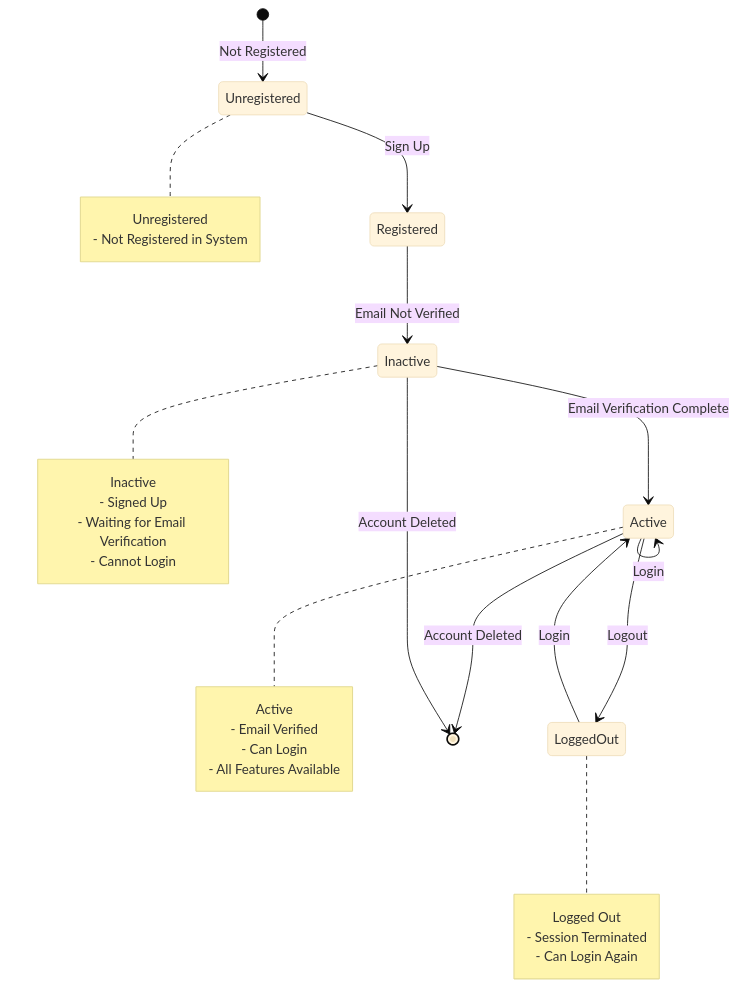
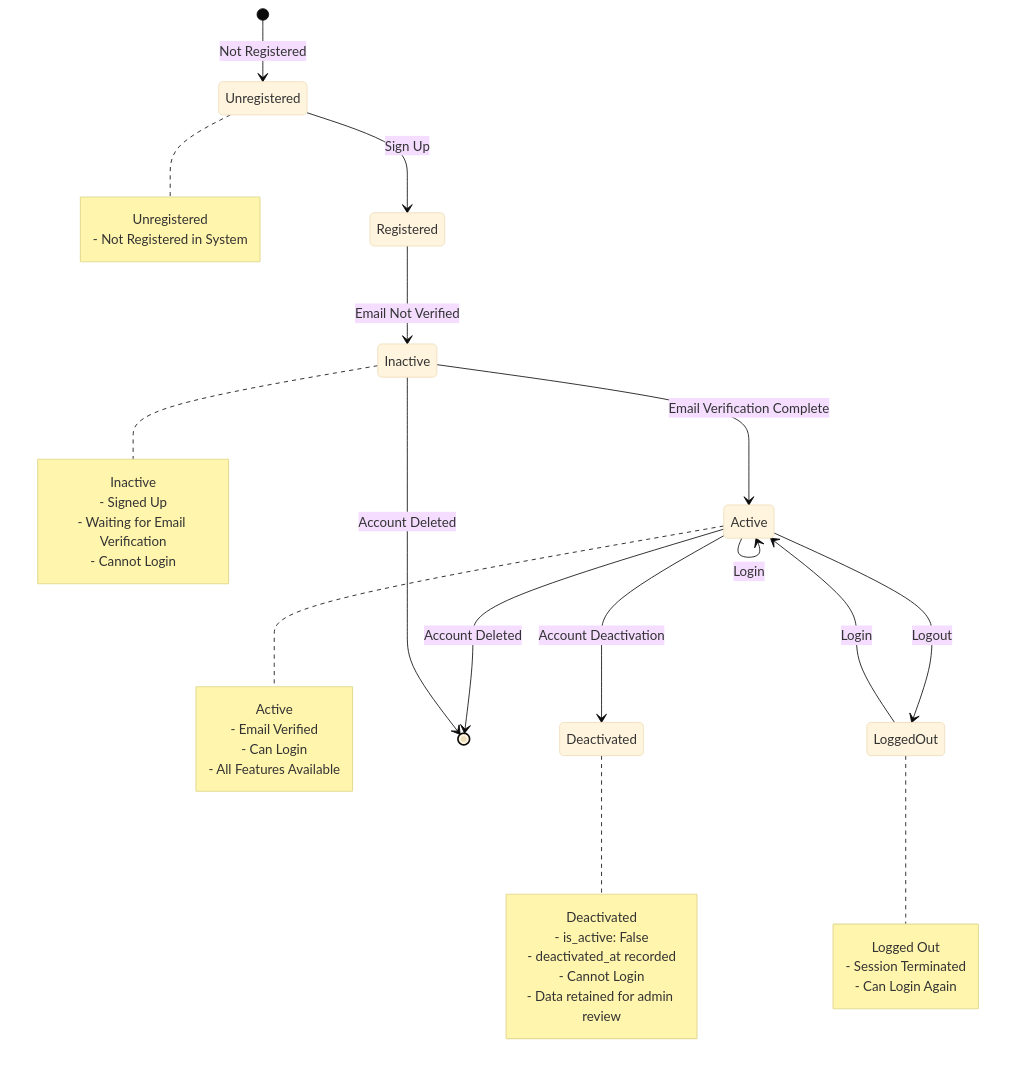
One commit to yukiharada1228/videoq changed the second of 5 diagrams in docs/design/state-diagram.md. Above: the diagram before and after it, drawn with Mermaid (base theme). The commit also changed 13 other files, not shown here.

Commit message:
docs: update diagrams for account deactivation

````diff
--- a/docs/design/state-diagram.md
+++ b/docs/design/state-diagram.md
@@ -51,39 +51,48 @@
 ```mermaid
 stateDiagram-v2
     [*] --> Unregistered: Not Registered
     
     Unregistered --> Registered: Sign Up
     Registered --> Inactive: Email Not Verified
     Inactive --> Active: Email Verification Complete
     Active --> Active: Login
     Active --> LoggedOut: Logout
     LoggedOut --> Active: Login
     
+    Active --> Deactivated: Account Deactivation
     Active --> [*]: Account Deleted
     Inactive --> [*]: Account Deleted
     
     note right of Unregistered
         Unregistered
         - Not Registered in System
     end note
     
     note right of Inactive
         Inactive
         - Signed Up
         - Waiting for Email Verification
         - Cannot Login
     end note
     
     note right of Active
         Active
         - Email Verified
         - Can Login
         - All Features Available
     end note
     
     note right of LoggedOut
         Logged Out
         - Session Terminated
         - Can Login Again
     end note
+
+    note right of Deactivated
+        Deactivated
+        - is_active: False
+        - deactivated_at recorded
+        - Cannot Login
+        - Data retained for admin review
+    end note
 ```
````
